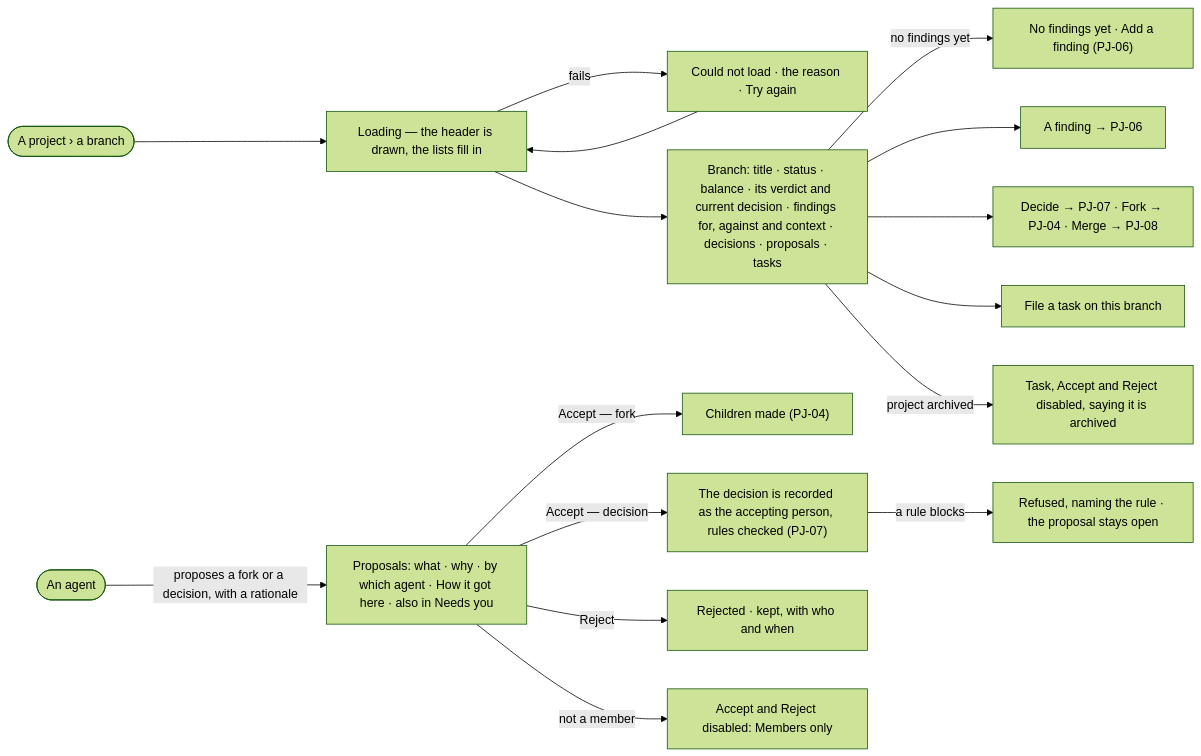
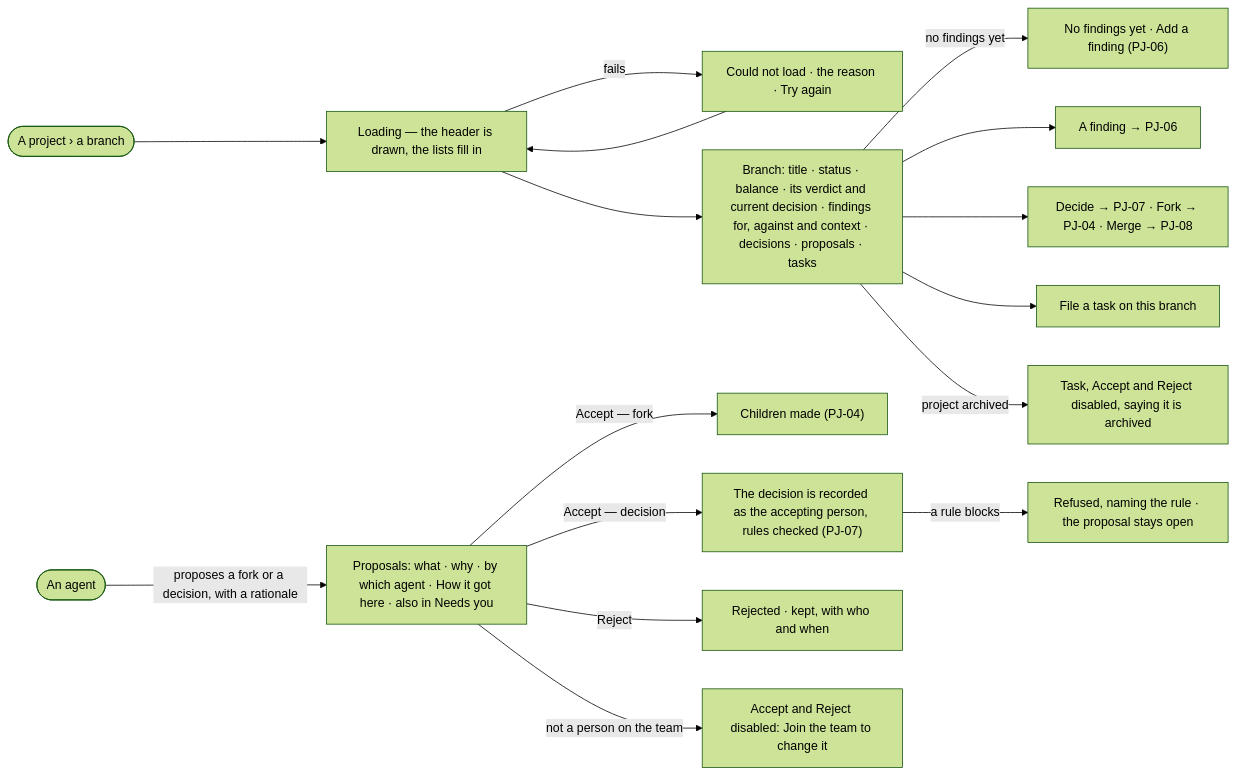
Before and after one commit to invana/invana: the diagram in specs/capabilities/projects/features/PJ-F03-branches-findings-and-decisions/stories/PJ-05-read-a-branch-with-its-evidence-and-proposals/story.md, drawn with Mermaid (forest theme). The commit also changed other lines of this file and 106 other files, not shown here.

````diff
--- a/specs/capabilities/projects/features/PJ-F03-branches-findings-and-decisions/stories/PJ-05-read-a-branch-with-its-evidence-and-proposals/story.md
+++ b/specs/capabilities/projects/features/PJ-F03-branches-findings-and-decisions/stories/PJ-05-read-a-branch-with-its-evidence-and-proposals/story.md
@@ -31,17 +31,17 @@
 ```mermaid
 flowchart LR
   s([A project › a branch]) --> load["Loading — the header is drawn, the lists fill in"]
   load -->|fails| f["Could not load · the reason · Try again"] --> load
   load --> b["Branch: title · status · balance · its verdict and current decision · findings for, against and context · decisions · proposals · tasks"]
   b -->|no findings yet| n["No findings yet · Add a finding (PJ-06)"]
   b --> fd["A finding → PJ-06"]
   b --> dc["Decide → PJ-07 · Fork → PJ-04 · Merge → PJ-08"]
   b --> tk["File a task on this branch"]
   b -->|project archived| na["Task, Accept and Reject disabled, saying it is archived"]
   agent([An agent]) -->|proposes a fork or a decision, with a rationale| p["Proposals: what · why · by which agent · How it got here · also in Needs you"]
   p -->|Accept — fork| fk["Children made (PJ-04)"]
   p -->|Accept — decision| dd["The decision is recorded as the accepting person, rules checked (PJ-07)"]
   dd -->|a rule blocks| rb["Refused, naming the rule · the proposal stays open"]
   p -->|Reject| rj["Rejected · kept, with who and when"]
-  p -->|not a member| nm["Accept and Reject disabled: Members only"]
+  p -->|not a person on the team| nm["Accept and Reject disabled: Join the team to change it"]
 ```
````
